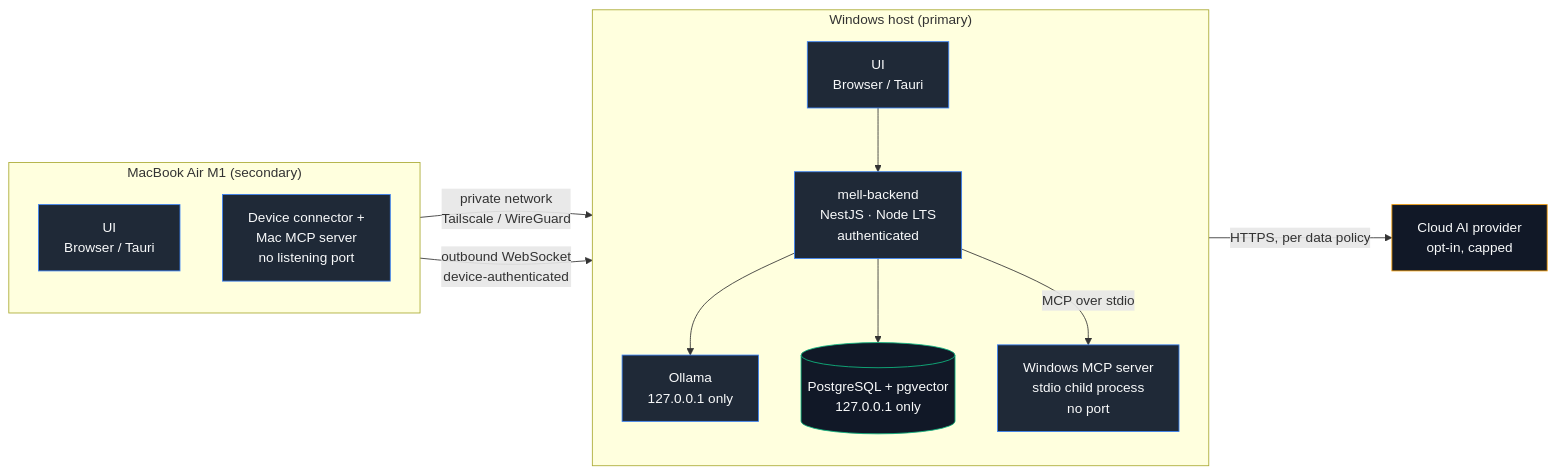
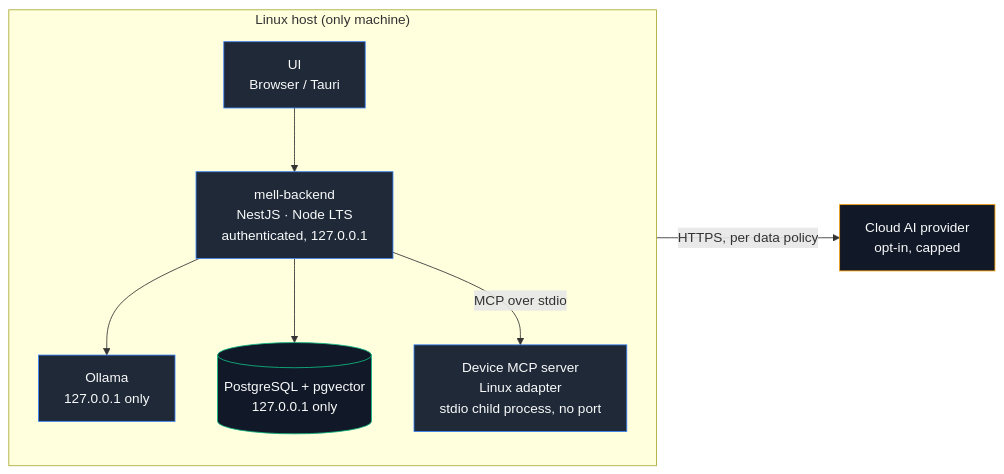
The first of 20 diagrams in docs/PLAN.md (eerenyilmazz/mell-assistant), drawn with Mermaid before and after one commit. The commit also changed other lines of this file and 12 other files, not shown here.

First line of the commit message:
docs(plan): move Mell to a single Linux host (v0.7)

````diff
--- a/docs/PLAN.md
+++ b/docs/PLAN.md
@@ -124,34 +126,25 @@
 ```mermaid
 flowchart LR
-    subgraph WIN["Windows host (primary)"]
+    subgraph HOST["Linux host (only machine)"]
         direction TB
-        UIW["UI<br/>Browser / Tauri"]
-        BE["mell-backend<br/>NestJS · Node LTS<br/>authenticated"]
+        UI["UI<br/>Browser / Tauri"]
+        BE["mell-backend<br/>NestJS · Node LTS<br/>authenticated, 127.0.0.1"]
         OLL["Ollama<br/>127.0.0.1 only"]
         PG[("PostgreSQL + pgvector<br/>127.0.0.1 only")]
-        MCPW["Windows MCP server<br/>stdio child process<br/>no port"]
-        UIW --> BE
+        MCP["Device MCP server<br/>Linux adapter<br/>stdio child process, no port"]
+        UI --> BE
         BE --> OLL
         BE --> PG
-        BE -->|"MCP over stdio"| MCPW
-    end
-
-    subgraph MAC["MacBook Air M1 (secondary)"]
-        direction TB
-        UIM["UI<br/>Browser / Tauri"]
-        MCPM["Device connector +<br/>Mac MCP server<br/>no listening port"]
+        BE -->|"MCP over stdio"| MCP
     end
 
     CLOUD["Cloud AI provider<br/>opt-in, capped"]
-
-    UIM -->|"private network<br/>Tailscale / WireGuard"| BE
-    MCPM -->|"outbound WebSocket<br/>device-authenticated"| BE
     BE -->|"HTTPS, per data policy"| CLOUD
 
     classDef local fill:#1f2937,stroke:#3b82f6,color:#f9fafb
     classDef store fill:#111827,stroke:#10b981,color:#f9fafb
     classDef ext fill:#111827,stroke:#f59e0b,color:#f9fafb
-    class UIW,UIM,BE,OLL,MCPW,MCPM local
+    class UI,BE,OLL,MCP local
     class PG store
     class CLOUD ext
 ```
````
